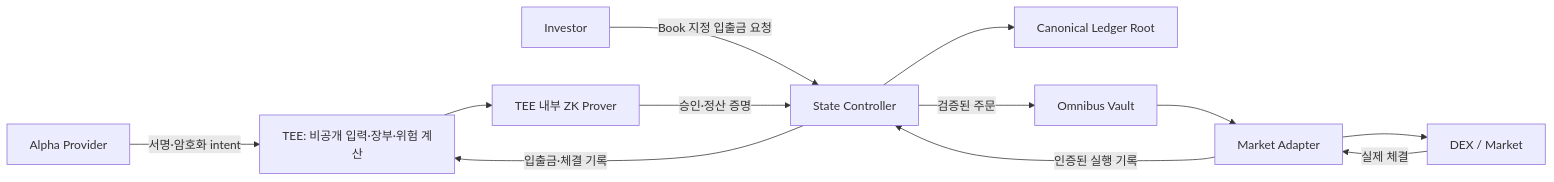
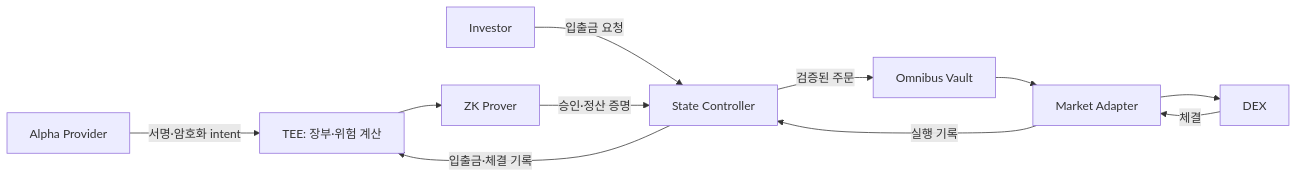
Before and after one commit to Jaemani/MM-ZKQuant: the diagram in README.md, drawn with Mermaid. The commit also changed other lines of this file, not shown here.

````diff
--- a/README.md
+++ b/README.md
@@ -31,14 +19,11 @@
 ```mermaid
 flowchart LR
-    P[Alpha Provider] -->|서명·암호화 intent| T[TEE: 비공개 입력·장부·위험 계산]
-    I[Investor] -->|Book 지정 입출금 요청| C[State Controller]
-    T --> Z[TEE 내부 ZK Prover]
+    P[Alpha Provider] -->|서명·암호화 intent| T[TEE: 장부·위험 계산]
+    I[Investor] -->|입출금 요청| C[State Controller]
+    T --> Z[ZK Prover]
     Z -->|승인·정산 증명| C
-    C --> R[Canonical Ledger Root]
     C -->|검증된 주문| V[Omnibus Vault]
-    V --> A[Market Adapter]
-    A --> M[DEX / Market]
-    M -->|실제 체결| A
-    A -->|인증된 실행 기록| C
+    V --> A[Market Adapter] --> M[DEX]
+    M -->|체결| A -->|실행 기록| C
     C -->|입출금·체결 기록| T
 ```
````
